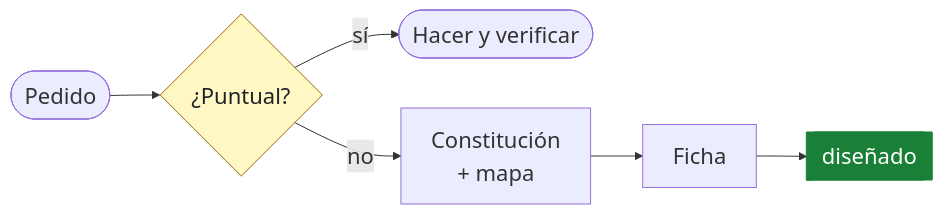
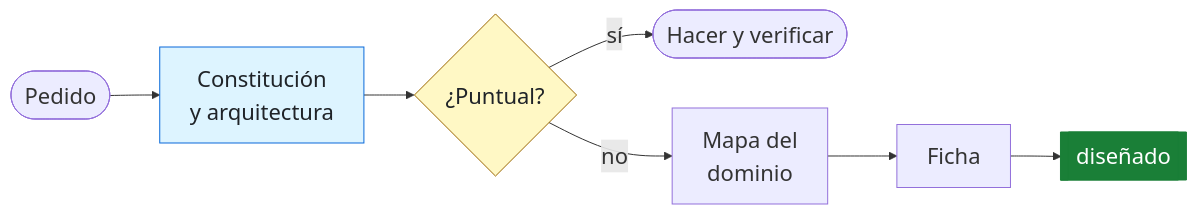
One commit to arielelevy/fdd changed the first of 2 diagrams in README.md. Above: the diagram before and after it, drawn with Mermaid. The commit also changed other lines of this file and 1 other file, not shown here.

First line of the commit message:
Nothing leaves the constitution or the architecture, however small the change

````diff
--- a/README.md
+++ b/README.md
@@ -88,14 +88,17 @@
 ```mermaid
 %%{init: {"themeVariables": {"fontSize": "22px"}}}%%
 flowchart LR
-    A(["Pedido"]) --> B{"¿Puntual?"}
+    A(["Pedido"]) --> K["Constitución<br/>y arquitectura"]
+    K --> B{"¿Puntual?"}
     B -- "sí" --> C(["Hacer y verificar"])
-    B -- "no" --> D["Constitución<br/>+ mapa"]
+    B -- "no" --> D["Mapa del<br/>dominio"]
     D --> E["Ficha"]
     E --> F[["diseñado"]]
 
     classDef hito fill:#1a7f37,stroke:#1a7f37,color:#ffffff
     classDef decision fill:#fff8c5,stroke:#9a6700,color:#1f2328
     class F hito
+    classDef regla fill:#ddf4ff,stroke:#0969da,color:#1f2328
+    class K regla
     class B decision
 ```
````
